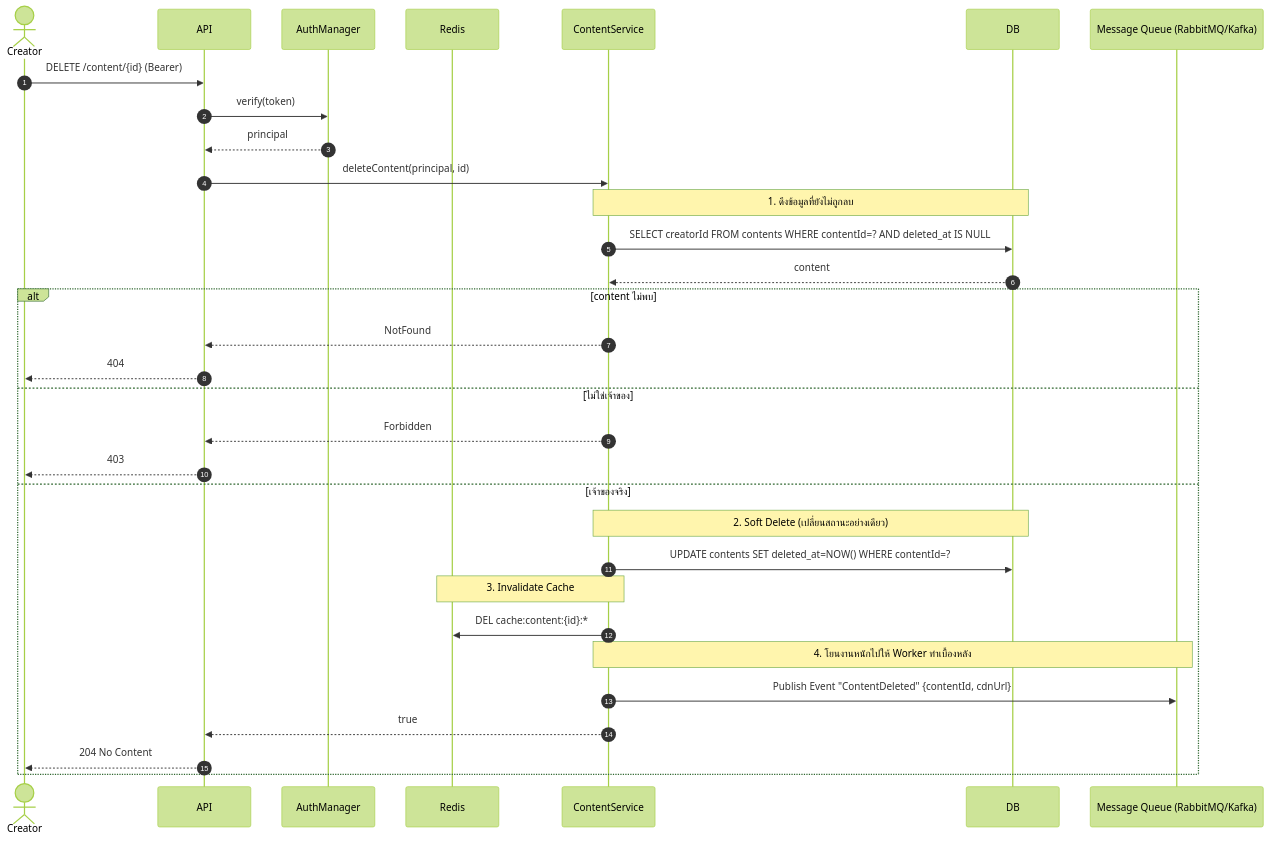
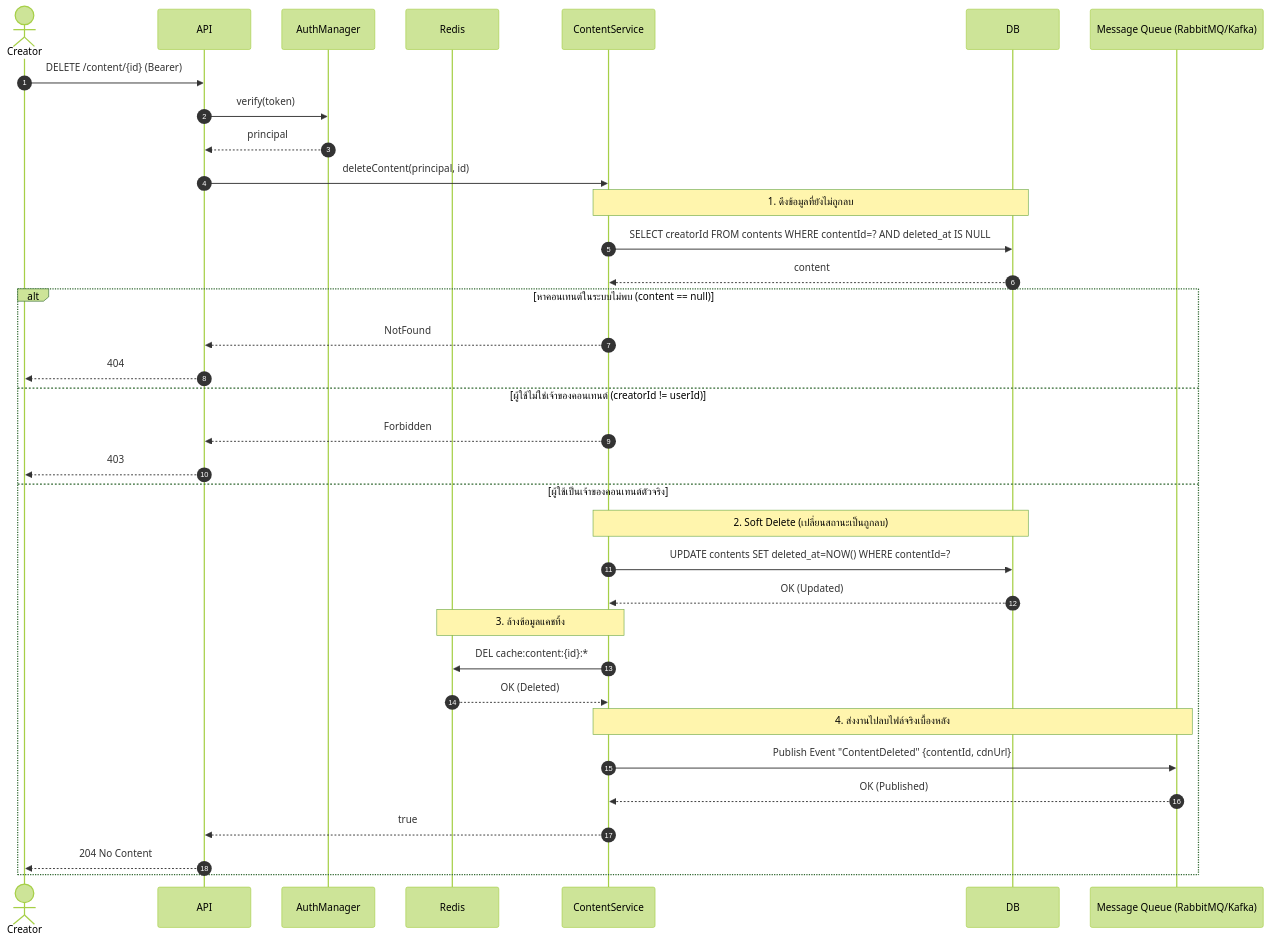
Before and after one commit to Bank-e/Music-Video-Streaming-Subscription-System: the fifth of 6 diagrams in doc/sequence_04_content.md, drawn with Mermaid (forest theme). The commit also changed other lines of this file and 3 other files, not shown here.

Commit message:
docs: update sequence diagrams and add high level architecture

````diff
--- a/doc/sequence_04_content.md
+++ b/doc/sequence_04_content.md
@@ -232,41 +247,44 @@
 ```mermaid
 sequenceDiagram
     autonumber
     actor Creator
     participant API
     participant AM as AuthManager
     participant Cache as Redis
     participant CS as ContentService
     participant DB
     participant MQ as Message Queue (RabbitMQ/Kafka)
 
     Creator->>API: DELETE /content/{id} (Bearer)
     API->>AM: verify(token)
     AM-->>API: principal
 
     API->>CS: deleteContent(principal, id)
 
     Note over CS,DB: 1. ดึงข้อมูลที่ยังไม่ถูกลบ
     CS->>DB: SELECT creatorId FROM contents WHERE contentId=? AND deleted_at IS NULL
     DB-->>CS: content
 
-    alt content ไม่พบ
+    alt หาคอนเทนต์ในระบบไม่พบ (content == null)
         CS-->>API: NotFound
         API-->>Creator: 404
-    else ไม่ใช่เจ้าของ
+    else ผู้ใช้ไม่ใช่เจ้าของคอนเทนต์ (creatorId != userId)
         CS-->>API: Forbidden
         API-->>Creator: 403
-    else เจ้าของจริง
-        Note over CS,DB: 2. Soft Delete (เปลี่ยนสถานะอย่างเดียว)
+    else ผู้ใช้เป็นเจ้าของคอนเทนต์ตัวจริง
+        Note over CS,DB: 2. Soft Delete (เปลี่ยนสถานะเป็นถูกลบ)
         CS->>DB: UPDATE contents SET deleted_at=NOW() WHERE contentId=?
+        DB-->>CS: OK (Updated)
 
-        Note over CS,Cache: 3. Invalidate Cache
+        Note over CS,Cache: 3. ล้างข้อมูลแคชทิ้ง
         CS->>Cache: DEL cache:content:{id}:*
+        Cache-->>CS: OK (Deleted)
 
-        Note over CS,MQ: 4. โยนงานหนักไปให้ Worker ทำเบื้องหลัง
+        Note over CS,MQ: 4. ส่งงานไปลบไฟล์จริงเบื้องหลัง
         CS->>MQ: Publish Event "ContentDeleted" {contentId, cdnUrl}
+        MQ-->>CS: OK (Published)
 
         CS-->>API: true
         API-->>Creator: 204 No Content
     end
 ```
````
